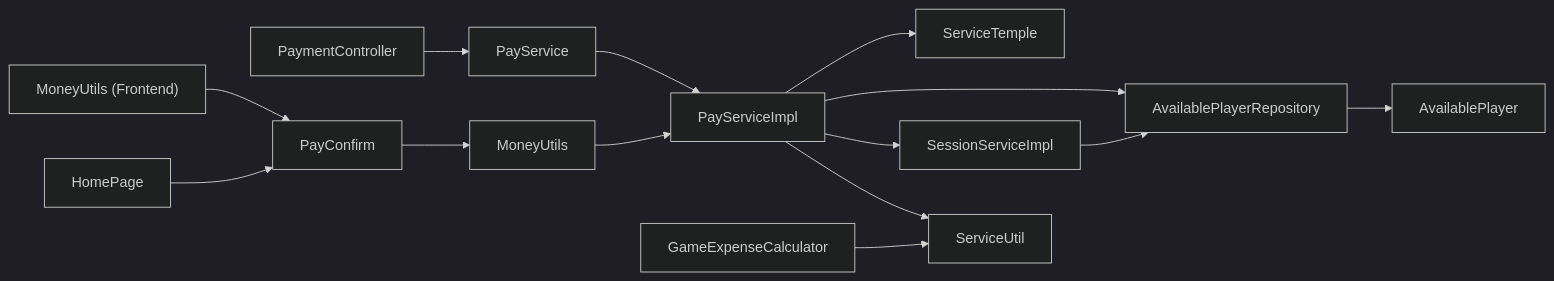
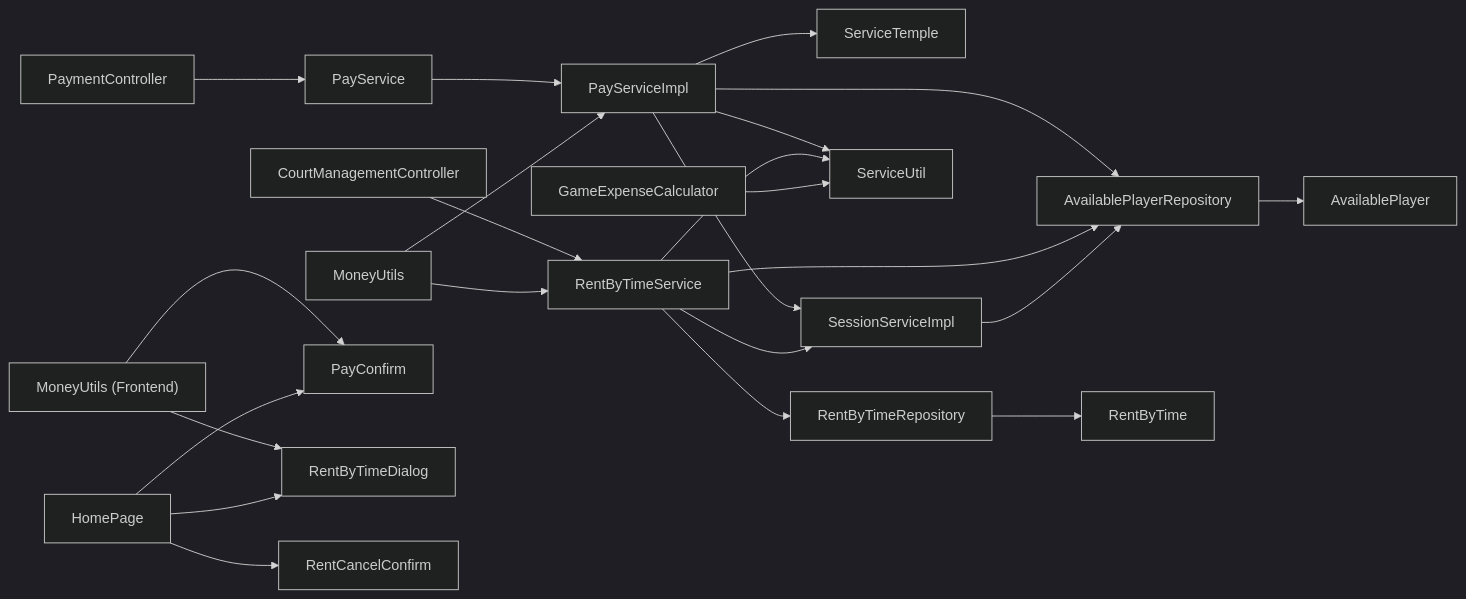
Before and after one commit to Vissel/badminton-court-management: the tenth of 10 diagrams in .qoder/repowiki/en/content/Payment & Financial System.md, drawn with Mermaid (dark theme). The commit also changed other lines of this file and 11 other files, not shown here.

````diff
--- a/.qoder/repowiki/en/content/Payment & Financial System.md
+++ b/.qoder/repowiki/en/content/Payment & Financial System.md
@@ -483,16 +657,25 @@
 ```mermaid
 graph LR
 PC["PaymentController"] --> PS["PayService"]
+CMC["CourtManagementController"] --> RTS["RentByTimeService"]
 PS --> PSI["PayServiceImpl"]
 PSI --> ST["ServiceTemple"]
 PSI --> APR["AvailablePlayerRepository"]
 PSI --> SS["SessionServiceImpl"]
 PSI --> SU["ServiceUtil"]
+RTS --> RBR["RentByTimeRepository"]
+RTS --> APR
+RTS --> SS
+RTS --> SU
 APR --> AP["AvailablePlayer"]
+RBR --> RB["RentByTime"]
 SS --> APR
 GEC["GameExpenseCalculator"] --> SU
 MU["MoneyUtils"] --> PSI
+MU --> RTS
 MUF["MoneyUtils (Frontend)"] --> PCF["PayConfirm"]
+MUF --> RTD["RentByTimeDialog"]
 HC["HomePage"] --> PCF
-PCF --> MU
+HC --> RTD
+HC --> RCC["RentCancelConfirm"]
 ```
````
